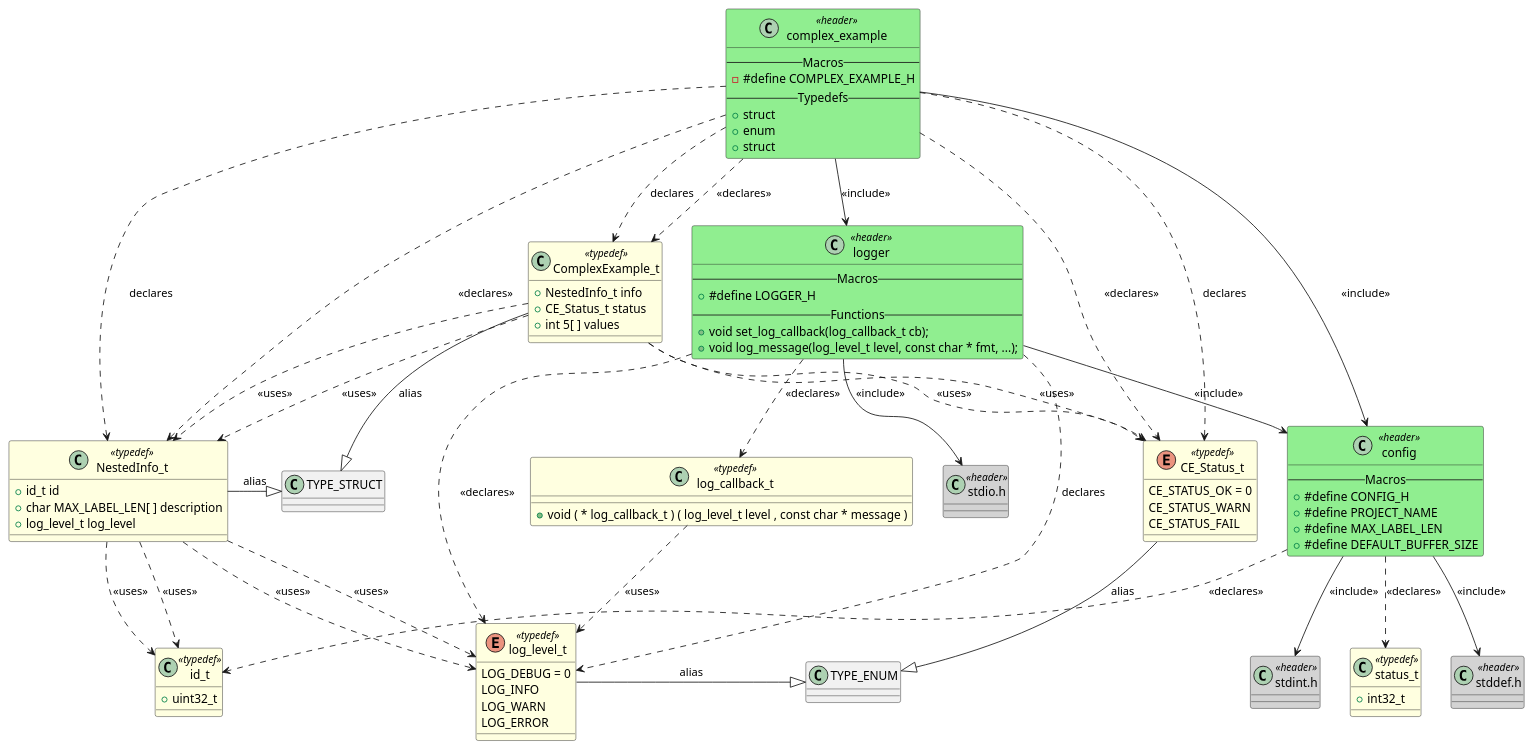
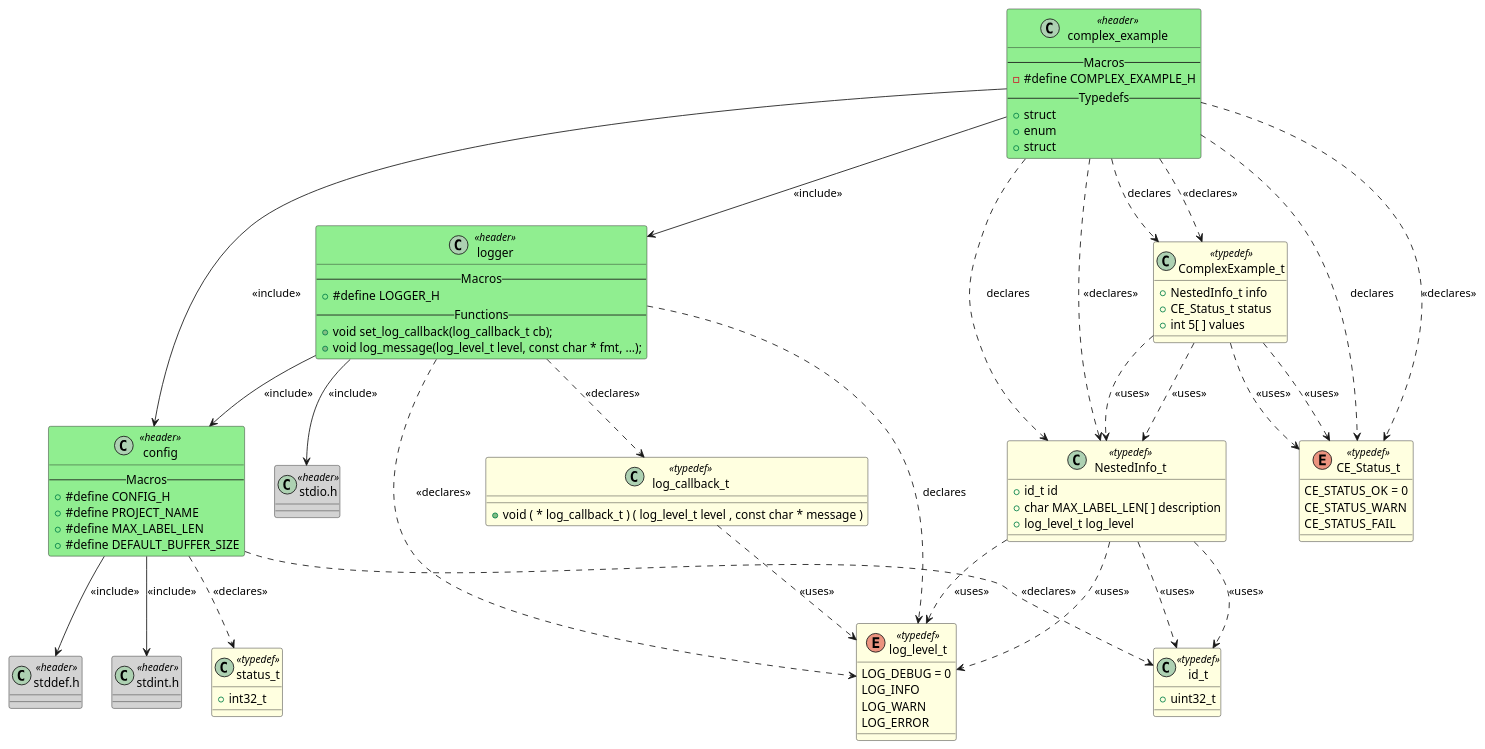
Before and after one commit to fischerjooo/c2puml: the diagram in output/complex_example.puml, drawn with PlantUML. The commit also changed 14 other files, not shown here.

```diff
--- a/output/complex_example.puml
+++ b/output/complex_example.puml
@@ -1,116 +1,112 @@
 @startuml complex_example
 
 class "complex_example" as HEADER_COMPLEX_EXAMPLE <<header>> #LightGreen
 {
     -- Macros --
     - #define COMPLEX_EXAMPLE_H
     -- Typedefs --
     + struct
     + enum
     + struct
 }
 
 class "config" as HEADER_CONFIG <<header>> #LightGreen
 {
     -- Macros --
     + #define CONFIG_H
     + #define PROJECT_NAME
     + #define MAX_LABEL_LEN
     + #define DEFAULT_BUFFER_SIZE
 }
 class "logger" as HEADER_LOGGER <<header>> #LightGreen
 {
     -- Macros --
     + #define LOGGER_H
     -- Functions --
     + void set_log_callback(log_callback_t cb);
     + void log_message(log_level_t level, const char * fmt, ...);
 }
 class "stddef.h" as HEADER_STDDEF <<header>> #LightGray
 {
 }
 
 class "stdint.h" as HEADER_STDINT <<header>> #LightGray
 {
 }
 
 class "stdio.h" as HEADER_STDIO <<header>> #LightGray
 {
 }
 
 class "NestedInfo_t" as TYPEDEF_NestedInfo_t <<typedef>> #LightYellow
 {
     + id_t id
     + char MAX_LABEL_LEN[ ] description
     + log_level_t log_level
 }
 
 enum "CE_Status_t" as TYPEDEF_CE_Status_t <<typedef>> #LightYellow
 {
     CE_STATUS_OK = 0
     CE_STATUS_WARN
     CE_STATUS_FAIL
 }
 
 class "ComplexExample_t" as TYPEDEF_ComplexExample_t <<typedef>> #LightYellow
 {
     + NestedInfo_t info
     + CE_Status_t status
     + int 5[ ] values
 }
 
 class "id_t" as TYPEDEF_id_t <<typedef>> #LightYellow
 {
     + uint32_t
 }
 
 class "status_t" as TYPEDEF_status_t <<typedef>> #LightYellow
 {
     + int32_t
 }
 
 enum "log_level_t" as TYPEDEF_log_level_t <<typedef>> #LightYellow
 {
     LOG_DEBUG = 0
     LOG_INFO
     LOG_WARN
     LOG_ERROR
 }
 
 class "log_callback_t" as TYPEDEF_log_callback_t <<typedef>> #LightYellow
 {
     + void ( * log_callback_t ) ( log_level_t level , const char * message )
 }
 
 HEADER_COMPLEX_EXAMPLE --> HEADER_CONFIG : <<include>>
 HEADER_COMPLEX_EXAMPLE --> HEADER_LOGGER : <<include>>
 HEADER_CONFIG --> HEADER_STDDEF : <<include>>
 HEADER_CONFIG --> HEADER_STDINT : <<include>>
 HEADER_LOGGER --> HEADER_STDIO : <<include>>
 HEADER_LOGGER --> HEADER_CONFIG : <<include>>
 HEADER_COMPLEX_EXAMPLE ..> TYPEDEF_NestedInfo_t : declares
-TYPEDEF_NestedInfo_t -|> TYPE_STRUCT : «alias»
 HEADER_COMPLEX_EXAMPLE ..> TYPEDEF_CE_Status_t : declares
-TYPEDEF_CE_Status_t -|> TYPE_ENUM : «alias»
 HEADER_COMPLEX_EXAMPLE ..> TYPEDEF_ComplexExample_t : declares
-TYPEDEF_ComplexExample_t -|> TYPE_STRUCT : «alias»
 HEADER_LOGGER ..> TYPEDEF_log_level_t : declares
-TYPEDEF_log_level_t -|> TYPE_ENUM : «alias»
 TYPEDEF_NestedInfo_t ..> TYPEDEF_id_t : <<uses>>
 TYPEDEF_NestedInfo_t ..> TYPEDEF_log_level_t : <<uses>>
 TYPEDEF_ComplexExample_t ..> TYPEDEF_NestedInfo_t : <<uses>>
 TYPEDEF_ComplexExample_t ..> TYPEDEF_CE_Status_t : <<uses>>
 TYPEDEF_NestedInfo_t ..> TYPEDEF_id_t : <<uses>>
 TYPEDEF_NestedInfo_t ..> TYPEDEF_log_level_t : <<uses>>
 TYPEDEF_ComplexExample_t ..> TYPEDEF_NestedInfo_t : <<uses>>
 TYPEDEF_ComplexExample_t ..> TYPEDEF_CE_Status_t : <<uses>>
 TYPEDEF_log_callback_t ..> TYPEDEF_log_level_t : <<uses>>
 HEADER_COMPLEX_EXAMPLE ..> TYPEDEF_NestedInfo_t : <<declares>>
 HEADER_COMPLEX_EXAMPLE ..> TYPEDEF_CE_Status_t : <<declares>>
 HEADER_COMPLEX_EXAMPLE ..> TYPEDEF_ComplexExample_t : <<declares>>
 HEADER_CONFIG ..> TYPEDEF_id_t : <<declares>>
 HEADER_CONFIG ..> TYPEDEF_status_t : <<declares>>
 HEADER_LOGGER ..> TYPEDEF_log_level_t : <<declares>>
 HEADER_LOGGER ..> TYPEDEF_log_callback_t : <<declares>>
 
 @enduml
```
